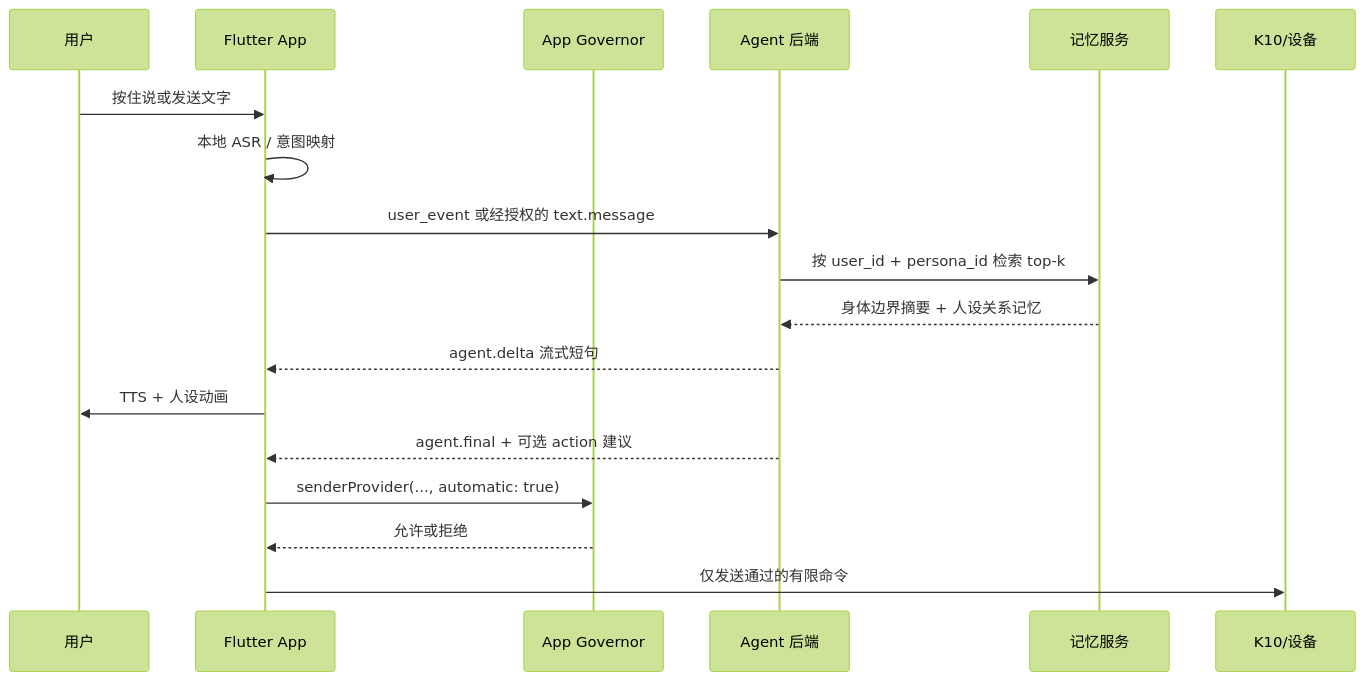
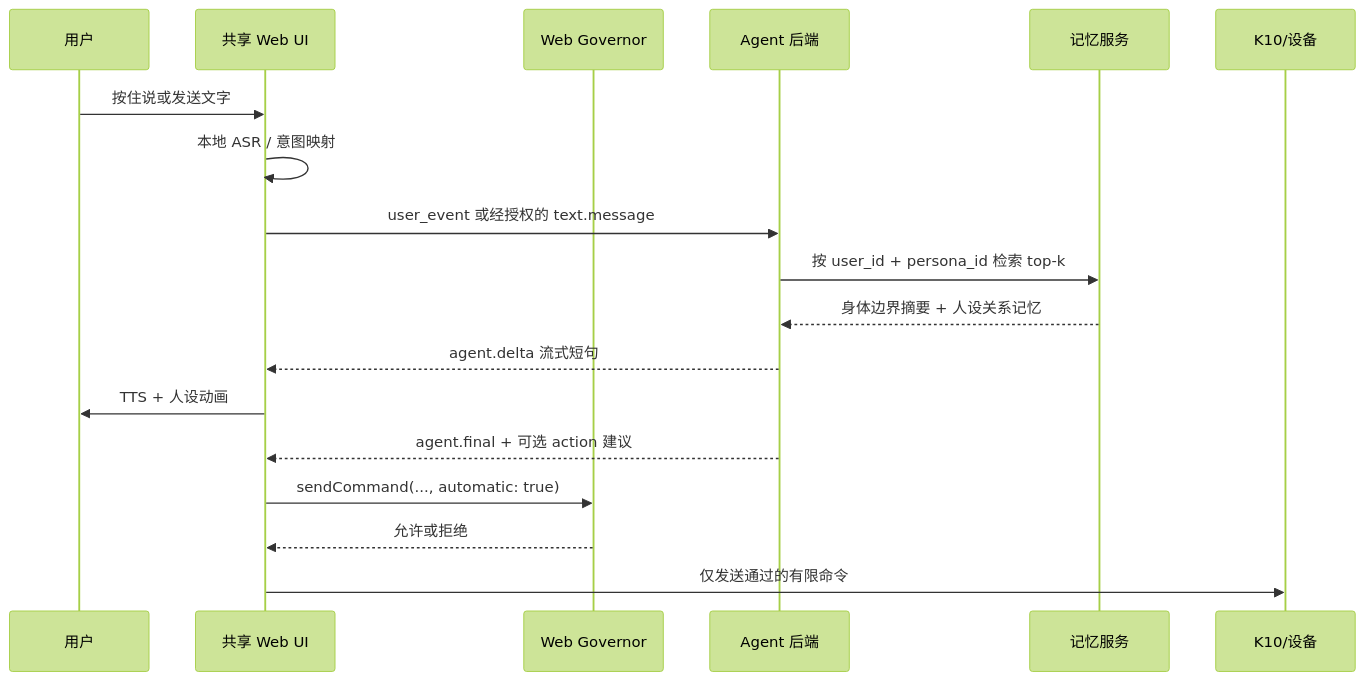
One commit to Binomial-distribution/nascent changed the fourth of 4 diagrams in docs/architecture/B层情景模式技术实现.md. Above: the diagram before and after it, drawn with Mermaid (forest theme). The commit also changed other lines of this file and 21 other files, not shown here.

Commit message:
feat: add body notes insight flow

````diff
--- a/docs/architecture/B层情景模式技术实现.md
+++ b/docs/architecture/B层情景模式技术实现.md
@@ -420,21 +451,21 @@
 ```mermaid
 sequenceDiagram
   participant U as 用户
-  participant A as Flutter App
-  participant G as App Governor
+  participant A as 共享 Web UI
+  participant G as Web Governor
   participant C as Agent 后端
   participant M as 记忆服务
   participant D as K10/设备
 
   U->>A: 按住说或发送文字
   A->>A: 本地 ASR / 意图映射
   A->>C: user_event 或经授权的 text.message
   C->>M: 按 user_id + persona_id 检索 top-k
   M-->>C: 身体边界摘要 + 人设关系记忆
   C-->>A: agent.delta 流式短句
   A->>U: TTS + 人设动画
   C-->>A: agent.final + 可选 action 建议
-  A->>G: senderProvider(..., automatic: true)
+  A->>G: sendCommand(..., automatic: true)
   G-->>A: 允许或拒绝
   A->>D: 仅发送通过的有限命令
 ```
````
